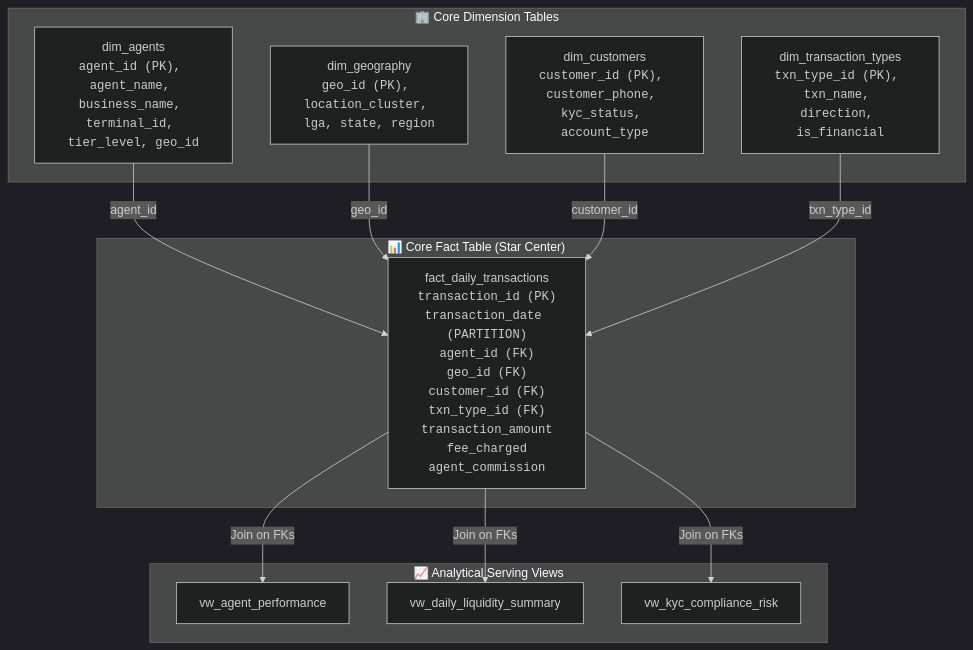
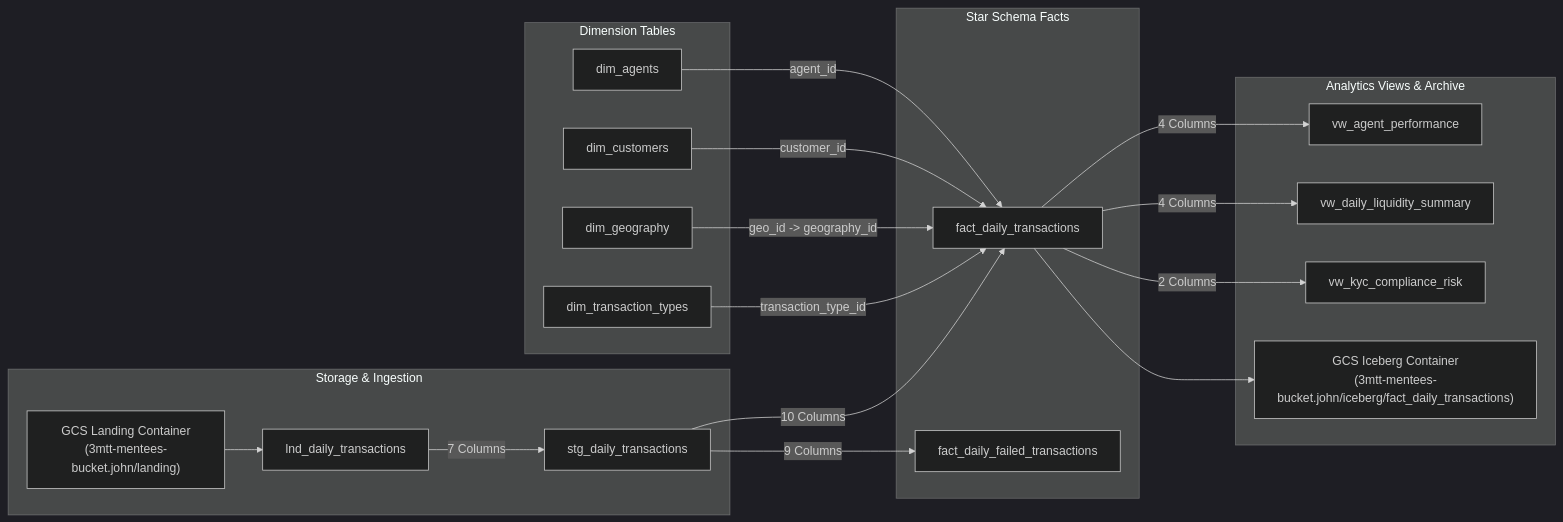
One commit to 40tify/3mttc3deprojects changed the second of 2 diagrams in README.md. Above: the diagram before and after it, drawn with Mermaid (dark theme). The commit also changed other lines of this file, not shown here.

Commit message:
docs: update README with technology badges, documentation table, and revised architecture diagram

````diff
--- a/README.md
+++ b/README.md
@@ -99,28 +120,40 @@
 ```mermaid
-graph TD
-    subgraph Dimensions ["🏢 Core Dimension Tables"]
-        DIM_G["dim_geography<br><code>geo_id (PK), location_cluster, lga, state, region</code>"]
-        DIM_A["dim_agents<br><code>agent_id (PK), agent_name, business_name, terminal_id, tier_level, geo_id</code>"]
-        DIM_C["dim_customers<br><code>customer_id (PK), customer_phone, kyc_status, account_type</code>"]
-        DIM_T["dim_transaction_types<br><code>txn_type_id (PK), txn_name, direction, is_financial</code>"]
+graph LR
+    subgraph Sources [Storage & Ingestion]
+        GCS_LND_C["GCS Landing Container<br/>(3mtt-mentees-bucket.john/landing)"]
+        LND["lnd_daily_transactions"]
+        STG["stg_daily_transactions"]
     end
 
-    subgraph Fact ["📊 Core Fact Table (Star Center)"]
-        FACT["fact_daily_transactions<br><code>transaction_id (PK)<br>transaction_date (PARTITION)<br>agent_id (FK)<br>geo_id (FK)<br>customer_id (FK)<br>txn_type_id (FK)<br>transaction_amount<br>fee_charged<br>agent_commission</code>"]
+    subgraph Dims [Dimension Tables]
+        DIM_A["dim_agents"]
+        DIM_C["dim_customers"]
+        DIM_G["dim_geography"]
+        DIM_T["dim_transaction_types"]
     end
 
-    subgraph Views ["📈 Analytical Serving Views"]
-        VW1["vw_agent_performance"]
-        VW2["vw_daily_liquidity_summary"]
-        VW3["vw_kyc_compliance_risk"]
+    subgraph Core [Star Schema Facts]
+        FACT["fact_daily_transactions"]
+        FAIL["fact_daily_failed_transactions"]
     end
 
+    subgraph Serving [Analytics Views & Archive]
+        VW_A["vw_agent_performance"]
+        VW_L["vw_daily_liquidity_summary"]
+        VW_K["vw_kyc_compliance_risk"]
+        GCS_ICE_C["GCS Iceberg Container<br/>(3mtt-mentees-bucket.john/iceberg/fact_daily_transactions)"]
+    end
+
+    GCS_LND_C --> LND
+    LND -->|7 Columns| STG
+    STG -->|10 Columns| FACT
+    STG -->|9 Columns| FAIL
     DIM_A -->|agent_id| FACT
-    DIM_G -->|geo_id| FACT
     DIM_C -->|customer_id| FACT
-    DIM_T -->|txn_type_id| FACT
-
-    FACT -->|Join on FKs| VW1
-    FACT -->|Join on FKs| VW2
-    FACT -->|Join on FKs| VW3
+    DIM_G -->|geo_id -> geography_id| FACT
+    DIM_T -->|transaction_type_id| FACT
+    FACT -->|4 Columns| VW_A
+    FACT -->|4 Columns| VW_L
+    FACT -->|2 Columns| VW_K
+    FACT --> GCS_ICE_C
 ```
````
